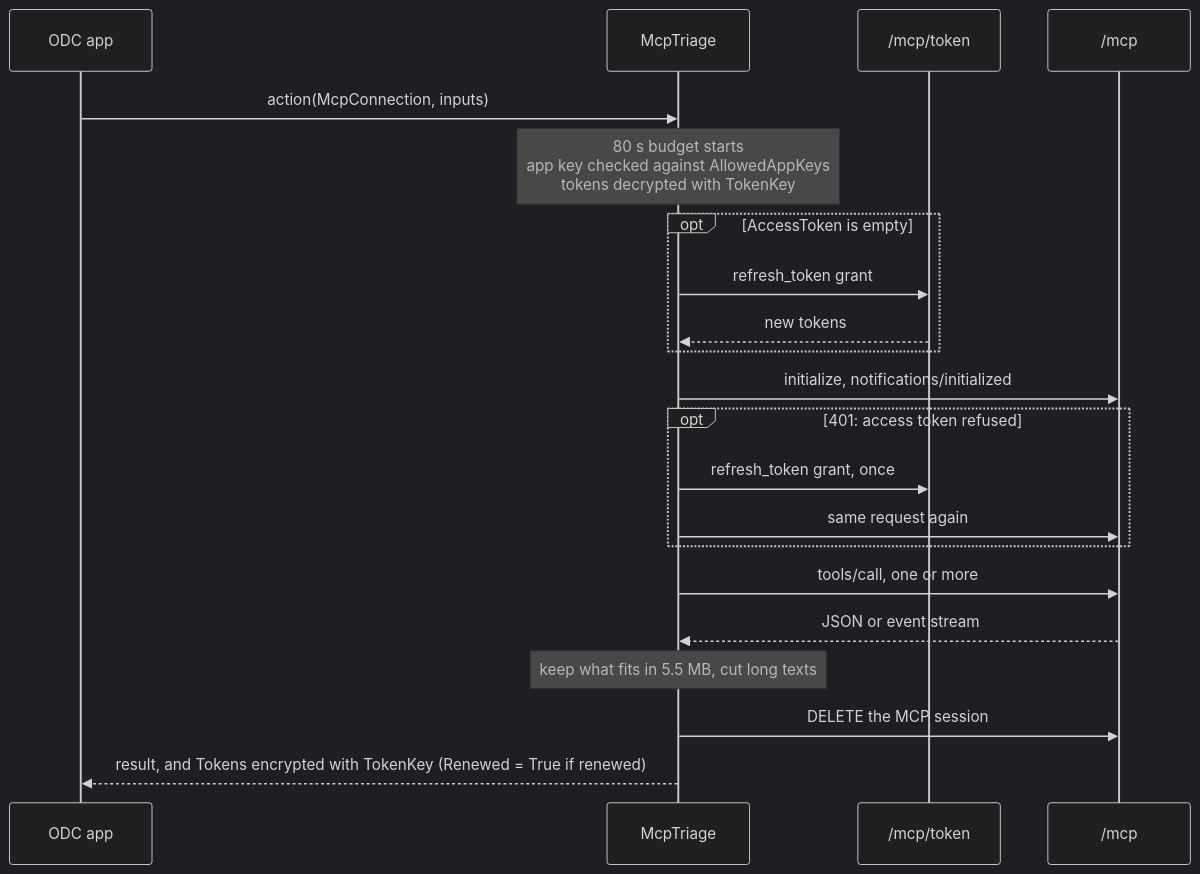
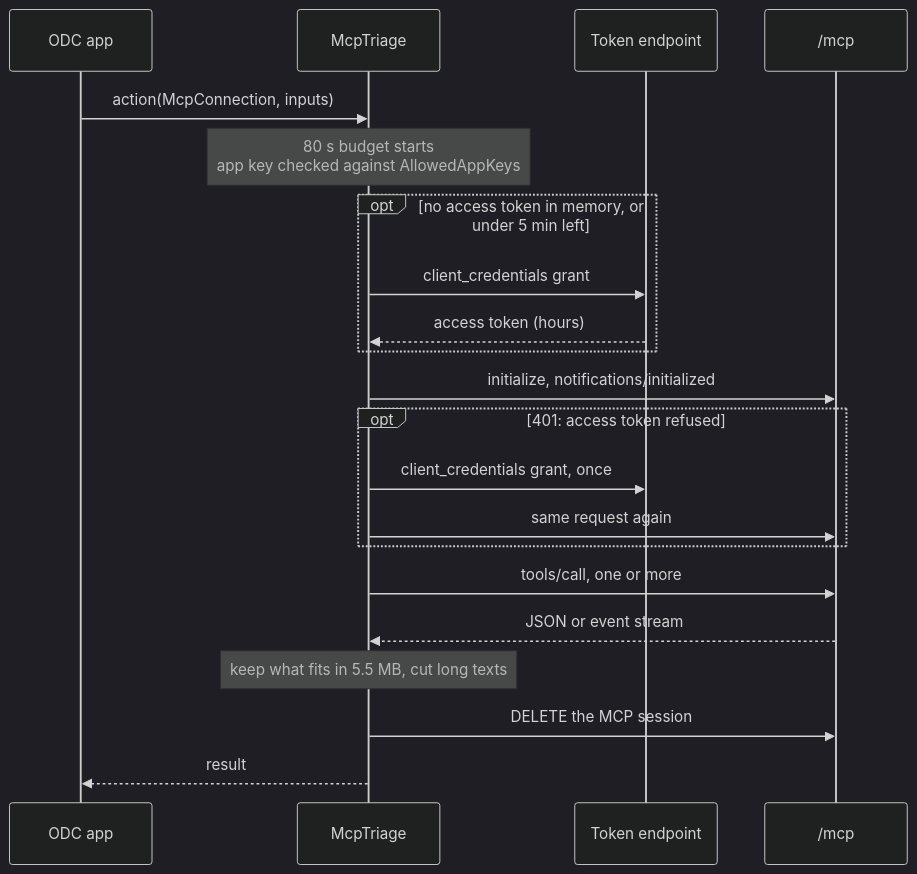
The second of 2 diagrams in ARCHITECTURE.md (anapantas/MCPTriage), drawn with Mermaid (dark theme) before and after one commit. The commit also changed other lines of this file and 13 other files, not shown here.

````diff
--- a/ARCHITECTURE.md
+++ b/ARCHITECTURE.md
@@ -53,24 +50,24 @@
 ```mermaid
 sequenceDiagram
     participant App as ODC app
     participant Lib as McpTriage
-    participant Tok as /mcp/token
+    participant Tok as Token endpoint
     participant MCP as /mcp
 
     App->>Lib: action(McpConnection, inputs)
-    Note over Lib: 80 s budget starts<br/>app key checked against AllowedAppKeys<br/>tokens decrypted with TokenKey
-    opt AccessToken is empty
-        Lib->>Tok: refresh_token grant
-        Tok-->>Lib: new tokens
+    Note over Lib: 80 s budget starts<br/>app key checked against AllowedAppKeys
+    opt no access token in memory, or under 5 min left
+        Lib->>Tok: client_credentials grant
+        Tok-->>Lib: access token (hours)
     end
     Lib->>MCP: initialize, notifications/initialized
     opt 401: access token refused
-        Lib->>Tok: refresh_token grant, once
+        Lib->>Tok: client_credentials grant, once
         Lib->>MCP: same request again
     end
     Lib->>MCP: tools/call, one or more
     MCP-->>Lib: JSON or event stream
     Note over Lib: keep what fits in 5.5 MB, cut long texts
     Lib->>MCP: DELETE the MCP session
-    Lib-->>App: result, and Tokens encrypted with TokenKey (Renewed = True if renewed)
+    Lib-->>App: result
 ```
````
